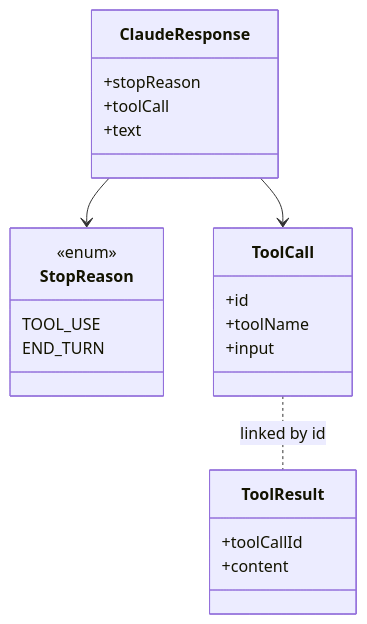
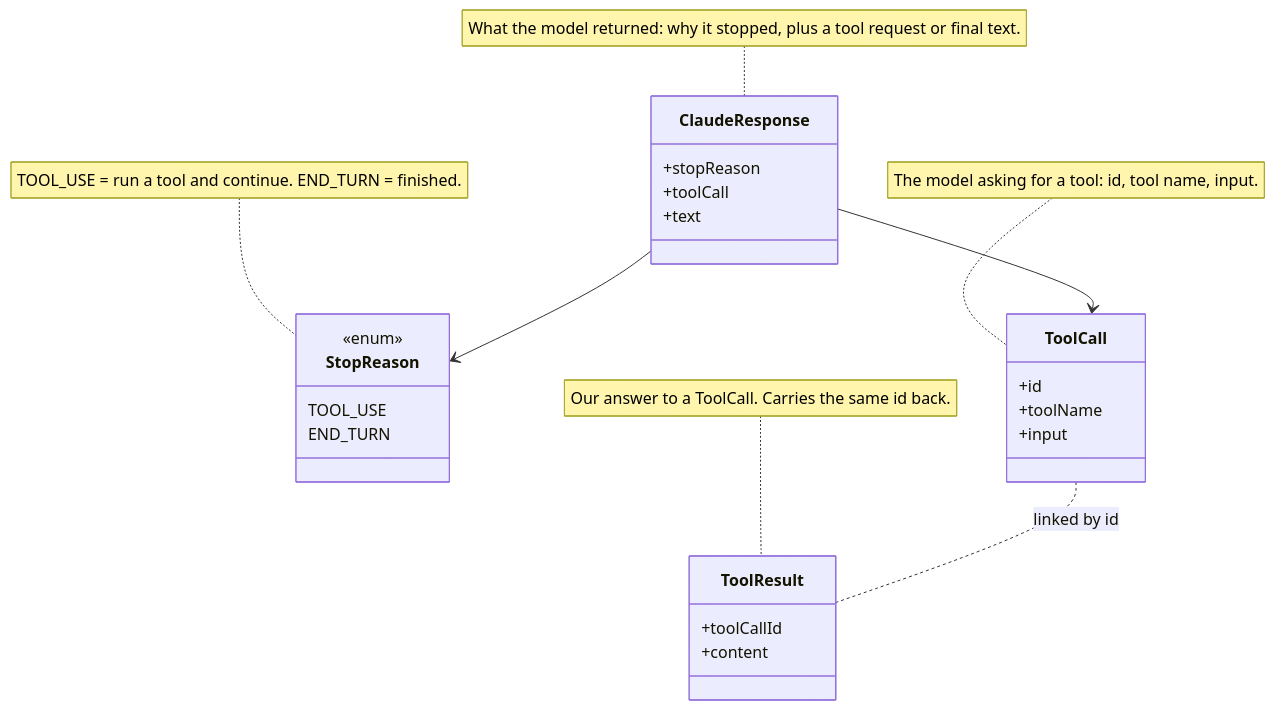
Before and after one commit to YashzAlphaGeek/agent-engineering-lab: the fourth of 6 diagrams in README.md, drawn with Mermaid. The commit also changed other lines of this file and 45 other files, not shown here.

Commit message:
added interface for model based and rule based approach and mermaid fixes

````diff
--- a/README.md
+++ b/README.md
@@ -192,30 +207,35 @@
 ```mermaid
 classDiagram
 
     class ClaudeResponse {
         +stopReason
         +toolCall
         +text
     }
 
     class StopReason {
         <<enum>>
         TOOL_USE
         END_TURN
     }
 
     class ToolCall {
         +id
         +toolName
         +input
     }
 
     class ToolResult {
         +toolCallId
         +content
     }
 
     ClaudeResponse --> StopReason
     ClaudeResponse --> ToolCall
     ToolCall .. ToolResult : linked by id
+
+    note for ClaudeResponse "What the model returned: why it stopped, plus a tool request or final text."
+    note for StopReason "TOOL_USE = run a tool and continue. END_TURN = finished."
+    note for ToolCall "The model asking for a tool: id, tool name, input."
+    note for ToolResult "Our answer to a ToolCall. Carries the same id back."
 ```
````
